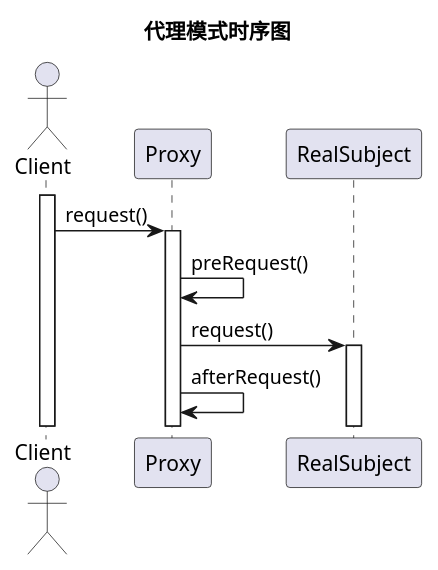
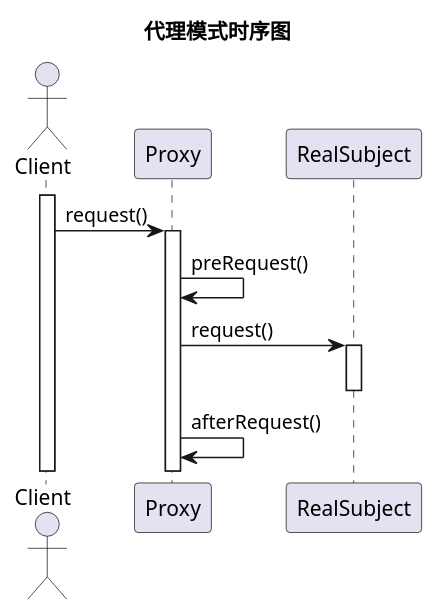
One commit to echcz/design-pattern changed the diagram in structural/proxy-timing.puml. Above: the diagram before and after it, drawn with PlantUML. The commit also changed 9 other files, not shown here.

```diff
--- a/structural/proxy-timing.puml
+++ b/structural/proxy-timing.puml
@@ -1,15 +1,16 @@
 @startuml
 title 代理模式时序图
 
 actor Client
 participant Proxy
 participant RealSubject
 
 activate Client
 Client -> Proxy: request()
 activate Proxy
 Proxy -> Proxy: preRequest()
 Proxy -> RealSubject: request()
 activate RealSubject
+deactivate RealSubject
 Proxy -> Proxy: afterRequest()
 @enduml
```
